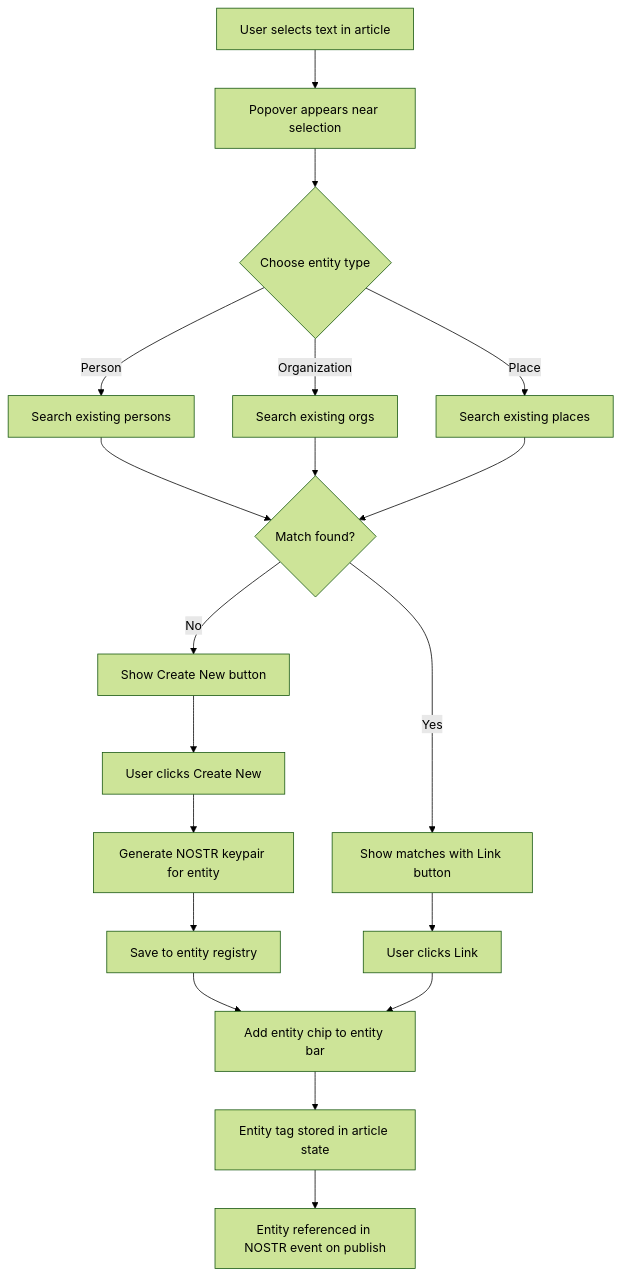
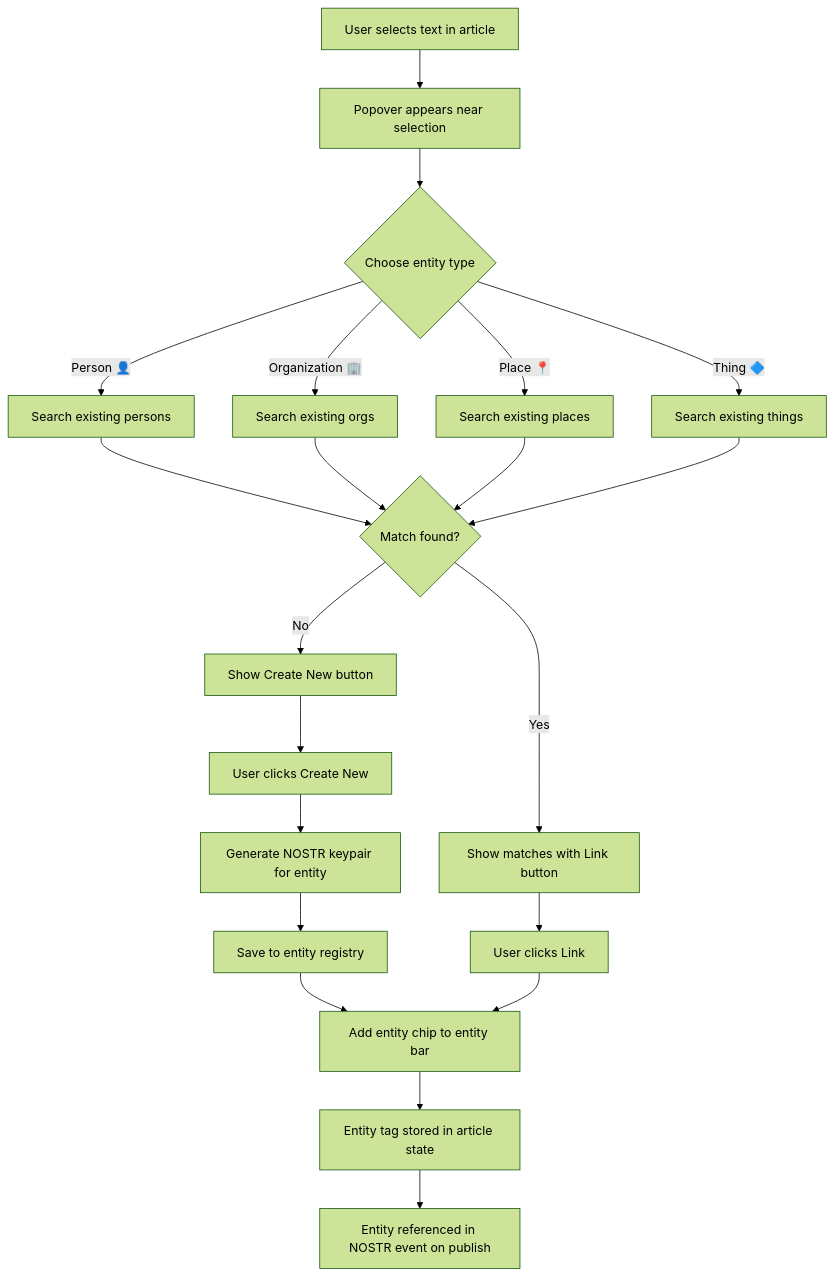
The third of 3 diagrams in plans/v2-redesign-plan.md (bryanmatthewsimonson/nostr-article-capture), drawn with Mermaid (forest theme) before and after one commit. The commit also changed other lines of this file and 3 other files, not shown here.

````diff
--- a/plans/v2-redesign-plan.md
+++ b/plans/v2-redesign-plan.md
@@ -350,27 +358,29 @@
 ```mermaid
 flowchart TD
     A[User selects text in article] --> B[Popover appears near selection]
     B --> C{Choose entity type}
-    C -->|Person| D[Search existing persons]
-    C -->|Organization| E[Search existing orgs]
-    C -->|Place| F[Search existing places]
+    C -->|Person 👤| D[Search existing persons]
+    C -->|Organization 🏢| E[Search existing orgs]
+    C -->|Place 📍| F[Search existing places]
+    C -->|Thing 🔷| G2[Search existing things]
 
     D --> G{Match found?}
     E --> G
     F --> G
+    G2 --> G
 
     G -->|Yes| H[Show matches with Link button]
     G -->|No| I[Show Create New button]
 
     H --> J[User clicks Link]
     I --> K[User clicks Create New]
 
     K --> L[Generate NOSTR keypair for entity]
     L --> M[Save to entity registry]
     M --> N[Add entity chip to entity bar]
 
     J --> N
 
     N --> O[Entity tag stored in article state]
     O --> P[Entity referenced in NOSTR event on publish]
 ```
````
